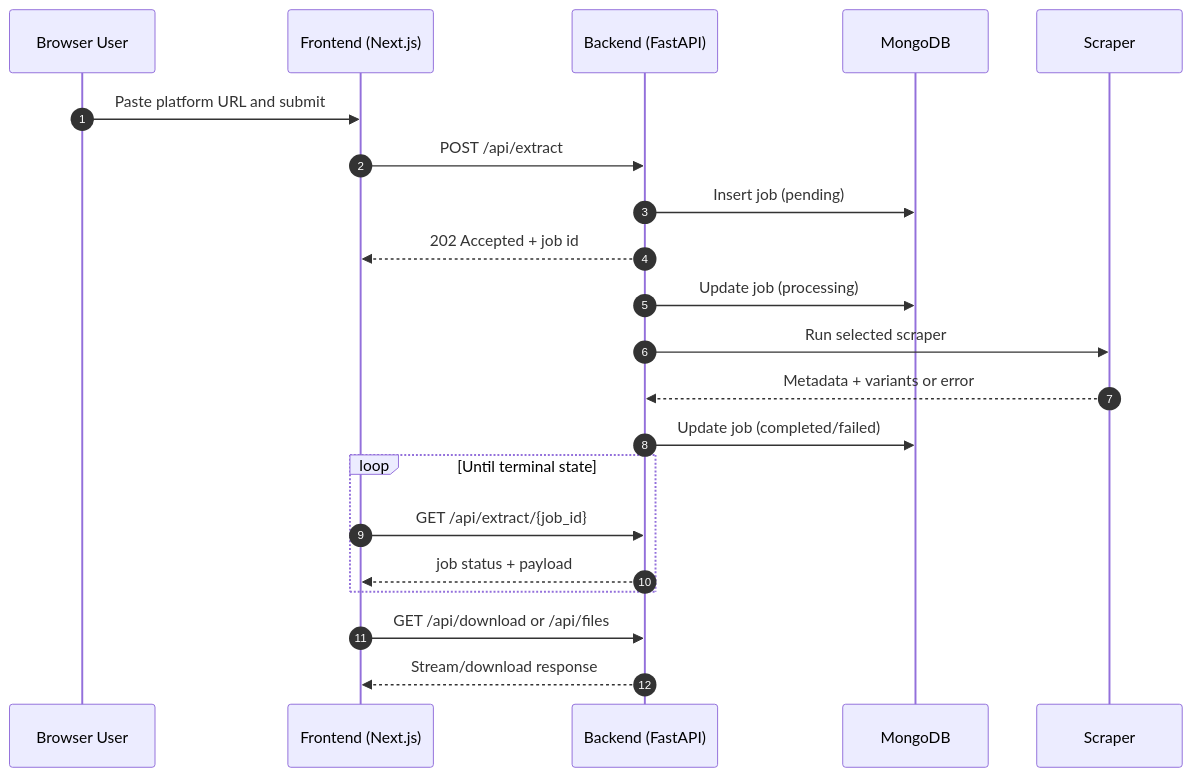
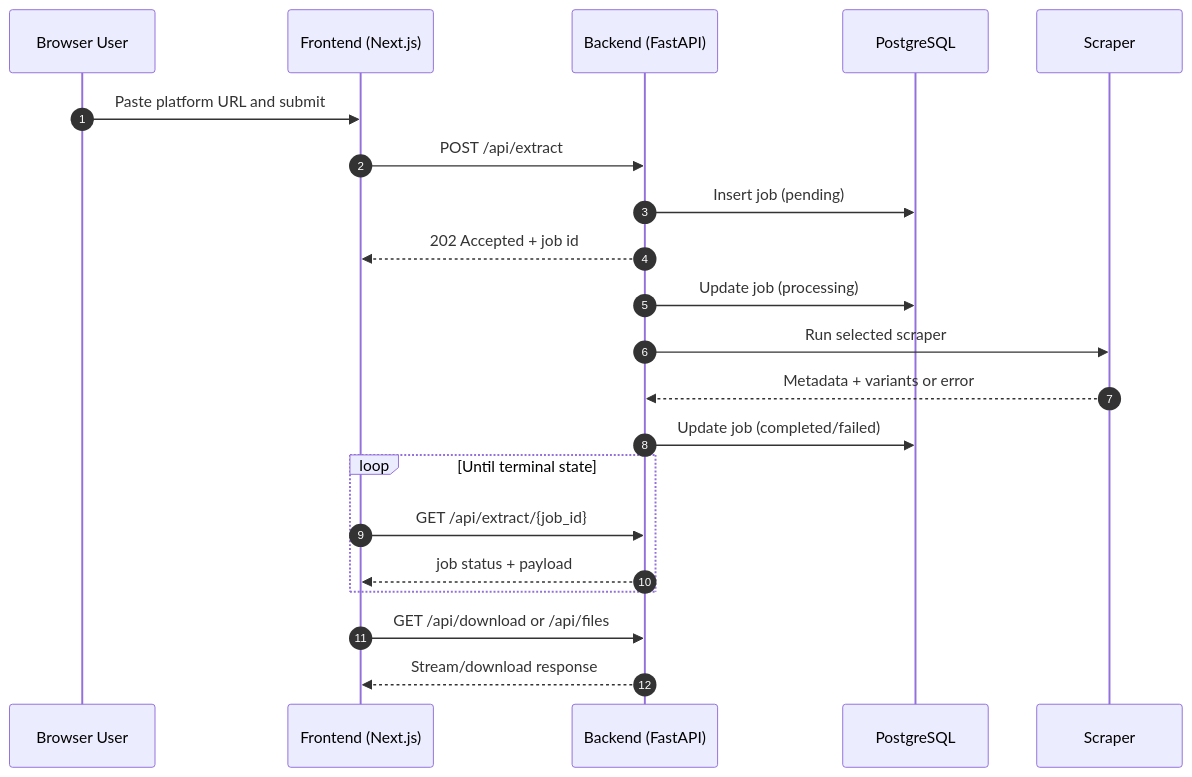
One commit to SpiritOfKedar/extractify changed the second of 3 diagrams in README.md. Above: the diagram before and after it, drawn with Mermaid. The commit also changed other lines of this file and 33 other files, not shown here.

First line of the commit message:
Refactor backend to use PostgreSQL with SQLAlchemy

````diff
--- a/README.md
+++ b/README.md
@@ -62,27 +62,27 @@
 ```mermaid
 sequenceDiagram
     autonumber
     participant User as Browser User
     participant FE as Frontend (Next.js)
     participant BE as Backend (FastAPI)
-    participant DB as MongoDB
+    participant DB as PostgreSQL
     participant SCR as Scraper
 
     User->>FE: Paste platform URL and submit
     FE->>BE: POST /api/extract
     BE->>DB: Insert job (pending)
     BE-->>FE: 202 Accepted + job id
 
     BE->>DB: Update job (processing)
     BE->>SCR: Run selected scraper
     SCR-->>BE: Metadata + variants or error
     BE->>DB: Update job (completed/failed)
 
     loop Until terminal state
         FE->>BE: GET /api/extract/{job_id}
         BE-->>FE: job status + payload
     end
 
     FE->>BE: GET /api/download or /api/files
     BE-->>FE: Stream/download response
 ```
````
